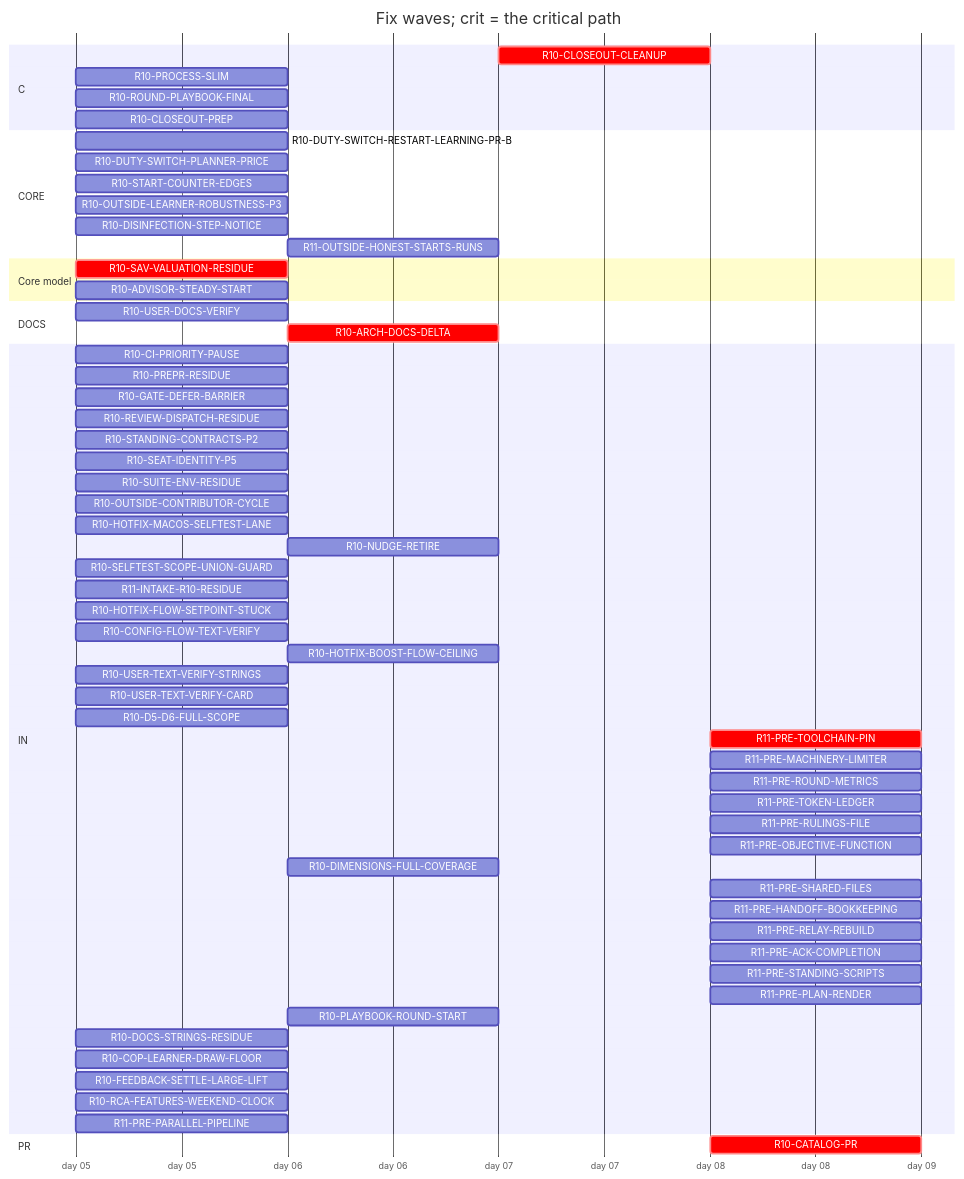
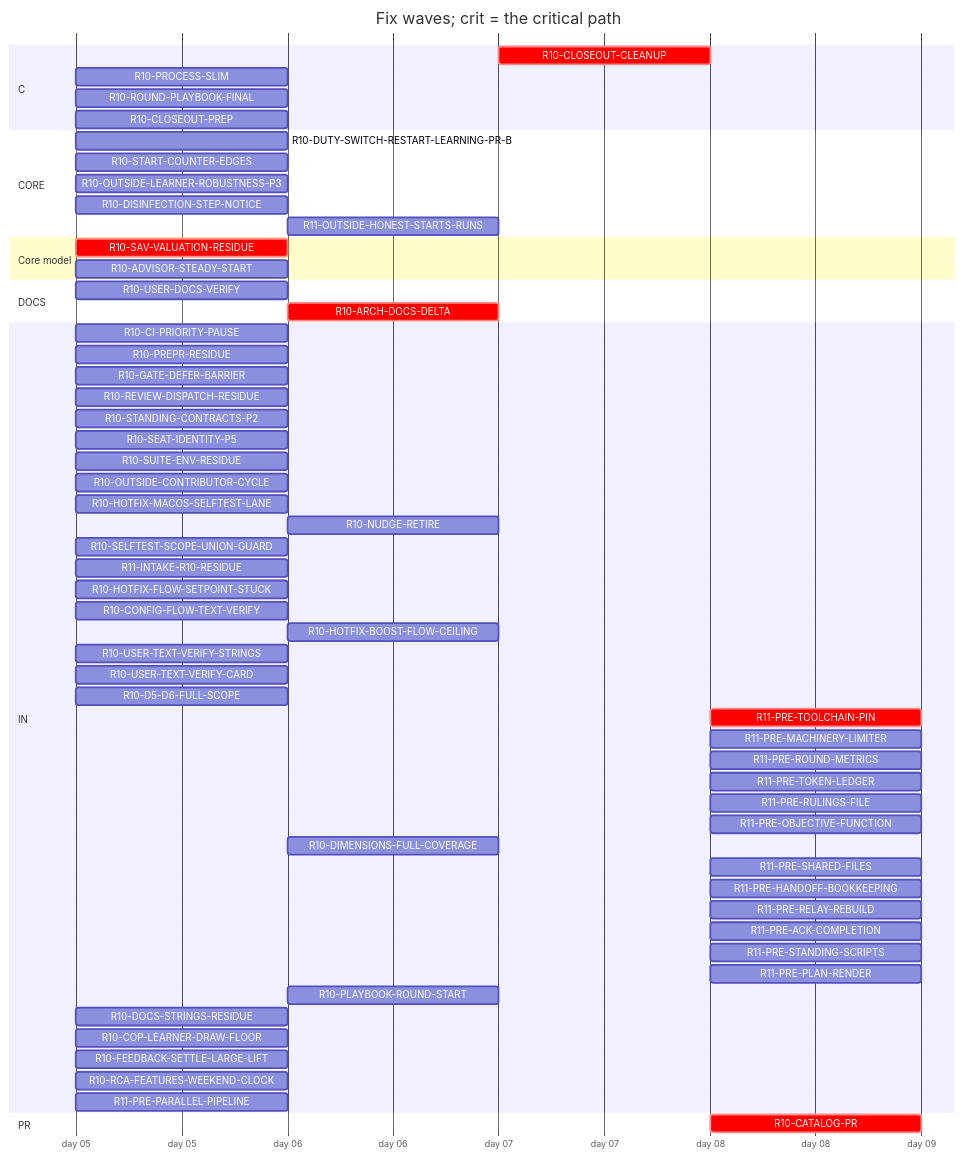
Before and after one commit to tvofi/heatpump_optimizer: the diagram in handoff/round10/state/PLAN-TABLE.md, drawn with Mermaid. The commit also changed other lines of this file and 4 other files, not shown here.

Commit message:
state: FLOW-BOARD.md, NEXT-SESSION-PROMPT.md, PLAN-TABLE.md, PLAN.html, RESUME-CURRENT.md regenerated (state_docs.py)

````diff
--- a/handoff/round10/state/PLAN-TABLE.md
+++ b/handoff/round10/state/PLAN-TABLE.md
@@ -19,64 +19,63 @@
 ```mermaid
 gantt
   title Fix waves; crit = the critical path
   dateFormat YYYY-MM-DD
   axisFormat day %d
   section C
     R10-CLOSEOUT-CLEANUP :crit, r10CLOSEOUTCLEANUP, after r10USERDOCSVERIFY r10CLOSEOUTPREP r10ARCHDOCSDELTA, 1d
     R10-PROCESS-SLIM :r10PROCESSSLIM, 2026-01-05, 1d
     R10-ROUND-PLAYBOOK-FINAL :r10ROUNDPLAYBOOKFINAL, 2026-01-05, 1d
     R10-CLOSEOUT-PREP :r10CLOSEOUTPREP, 2026-01-05, 1d
   section CORE
     R10-DUTY-SWITCH-RESTART-LEARNING-PR-B :r10DUTYSWITCHRESTARTLEARNINGPRB, 2026-01-05, 1d
-    R10-DUTY-SWITCH-PLANNER-PRICE :r10DUTYSWITCHPLANNERPRICE, 2026-01-05, 1d
     R10-START-COUNTER-EDGES :r10STARTCOUNTEREDGES, 2026-01-05, 1d
     R10-OUTSIDE-LEARNER-ROBUSTNESS-P3 :r10OUTSIDELEARNERROBUSTNESSP3, 2026-01-05, 1d
     R10-DISINFECTION-STEP-NOTICE :r10DISINFECTIONSTEPNOTICE, 2026-01-05, 1d
-    R11-OUTSIDE-HONEST-STARTS-RUNS :r11OUTSIDEHONESTSTARTSRUNS, after r10DUTYSWITCHPLANNERPRICE r10ADVISORSTEADYSTART, 1d
+    R11-OUTSIDE-HONEST-STARTS-RUNS :r11OUTSIDEHONESTSTARTSRUNS, after r10ADVISORSTEADYSTART, 1d
   section Core model
     R10-SAV-VALUATION-RESIDUE :crit, r10SAVVALUATIONRESIDUE, 2026-01-05, 1d
     R10-ADVISOR-STEADY-START :r10ADVISORSTEADYSTART, 2026-01-05, 1d
   section DOCS
     R10-USER-DOCS-VERIFY :r10USERDOCSVERIFY, 2026-01-05, 1d
     R10-ARCH-DOCS-DELTA :crit, r10ARCHDOCSDELTA, after r10SAVVALUATIONRESIDUE r10ADVISORSTEADYSTART, 1d
   section IN
     R10-CI-PRIORITY-PAUSE :r10CIPRIORITYPAUSE, 2026-01-05, 1d
     R10-PREPR-RESIDUE :r10PREPRRESIDUE, 2026-01-05, 1d
     R10-GATE-DEFER-BARRIER :r10GATEDEFERBARRIER, 2026-01-05, 1d
     R10-REVIEW-DISPATCH-RESIDUE :r10REVIEWDISPATCHRESIDUE, 2026-01-05, 1d
     R10-STANDING-CONTRACTS-P2 :r10STANDINGCONTRACTSP2, 2026-01-05, 1d
     R10-SEAT-IDENTITY-P5 :r10SEATIDENTITYP5, 2026-01-05, 1d
     R10-SUITE-ENV-RESIDUE :r10SUITEENVRESIDUE, 2026-01-05, 1d
     R10-OUTSIDE-CONTRIBUTOR-CYCLE :r10OUTSIDECONTRIBUTORCYCLE, 2026-01-05, 1d
     R10-HOTFIX-MACOS-SELFTEST-LANE :r10HOTFIXMACOSSELFTESTLANE, 2026-01-05, 1d
     R10-NUDGE-RETIRE :r10NUDGERETIRE, after r10ROUNDPLAYBOOKFINAL, 1d
     R10-SELFTEST-SCOPE-UNION-GUARD :r10SELFTESTSCOPEUNIONGUARD, 2026-01-05, 1d
     R11-INTAKE-R10-RESIDUE :r11INTAKER10RESIDUE, 2026-01-05, 1d
     R10-HOTFIX-FLOW-SETPOINT-STUCK :r10HOTFIXFLOWSETPOINTSTUCK, 2026-01-05, 1d
     R10-CONFIG-FLOW-TEXT-VERIFY :r10CONFIGFLOWTEXTVERIFY, 2026-01-05, 1d
     R10-HOTFIX-BOOST-FLOW-CEILING :r10HOTFIXBOOSTFLOWCEILING, after r10HOTFIXFLOWSETPOINTSTUCK, 1d
     R10-USER-TEXT-VERIFY-STRINGS :r10USERTEXTVERIFYSTRINGS, 2026-01-05, 1d
     R10-USER-TEXT-VERIFY-CARD :r10USERTEXTVERIFYCARD, 2026-01-05, 1d
     R10-D5-D6-FULL-SCOPE :r10D5D6FULLSCOPE, 2026-01-05, 1d
     R11-PRE-TOOLCHAIN-PIN :crit, r11PRETOOLCHAINPIN, after r10CATALOGPR, 1d
     R11-PRE-MACHINERY-LIMITER :r11PREMACHINERYLIMITER, after r10CATALOGPR, 1d
     R11-PRE-ROUND-METRICS :r11PREROUNDMETRICS, after r10CATALOGPR, 1d
     R11-PRE-TOKEN-LEDGER :r11PRETOKENLEDGER, after r10CATALOGPR, 1d
     R11-PRE-RULINGS-FILE :r11PRERULINGSFILE, after r10CATALOGPR, 1d
     R11-PRE-OBJECTIVE-FUNCTION :r11PREOBJECTIVEFUNCTION, after r10CATALOGPR, 1d
     R10-DIMENSIONS-FULL-COVERAGE :r10DIMENSIONSFULLCOVERAGE, after r10D5D6FULLSCOPE, 1d
     R11-PRE-SHARED-FILES :r11PRESHAREDFILES, after r10CATALOGPR, 1d
     R11-PRE-HANDOFF-BOOKKEEPING :r11PREHANDOFFBOOKKEEPING, after r10CATALOGPR, 1d
     R11-PRE-RELAY-REBUILD :r11PRERELAYREBUILD, after r10CATALOGPR, 1d
     R11-PRE-ACK-COMPLETION :r11PREACKCOMPLETION, after r10CATALOGPR, 1d
     R11-PRE-STANDING-SCRIPTS :r11PRESTANDINGSCRIPTS, after r10CATALOGPR, 1d
     R11-PRE-PLAN-RENDER :r11PREPLANRENDER, after r10CATALOGPR, 1d
     R10-PLAYBOOK-ROUND-START :r10PLAYBOOKROUNDSTART, after r10ROUNDPLAYBOOKFINAL, 1d
     R10-DOCS-STRINGS-RESIDUE :r10DOCSSTRINGSRESIDUE, 2026-01-05, 1d
     R10-COP-LEARNER-DRAW-FLOOR :r10COPLEARNERDRAWFLOOR, 2026-01-05, 1d
     R10-FEEDBACK-SETTLE-LARGE-LIFT :r10FEEDBACKSETTLELARGELIFT, 2026-01-05, 1d
     R10-RCA-FEATURES-WEEKEND-CLOCK :r10RCAFEATURESWEEKENDCLOCK, 2026-01-05, 1d
     R11-PRE-PARALLEL-PIPELINE :r11PREPARALLELPIPELINE, 2026-01-05, 1d
   section PR
     R10-CATALOG-PR :crit, r10CATALOGPR, after r10USERDOCSVERIFY r10CLOSEOUTCLEANUP r10CLOSEOUTPREP r10ARCHDOCSDELTA, 1d
 ```
````
